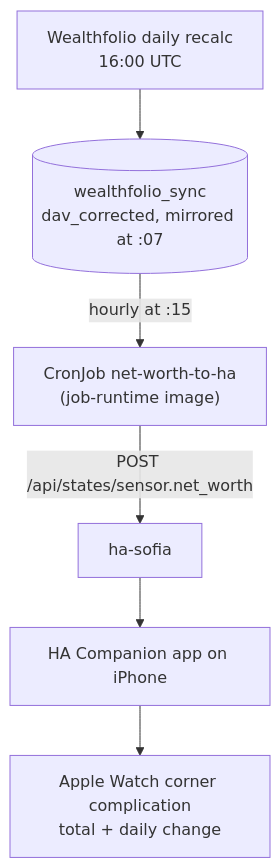
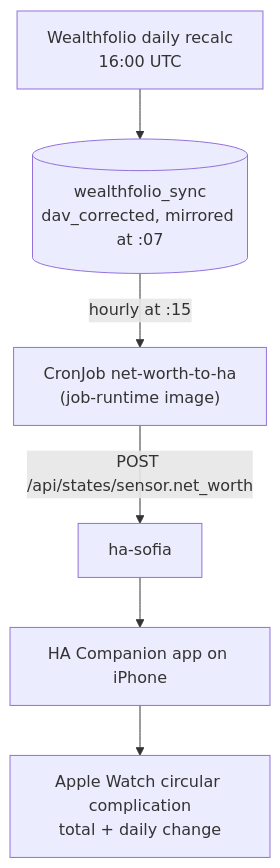
The diagram in docs/adr/0034-net-worth-reaches-the-watch-through-ha.md (ViktorBarzin/infra), drawn with Mermaid before and after one commit. The commit also changed other lines of this file, not shown here.

First line of the commit message:
docs: ADR-0034 records the circular watch complication and the setup answers

````diff
--- a/docs/adr/0034-net-worth-reaches-the-watch-through-ha.md
+++ b/docs/adr/0034-net-worth-reaches-the-watch-through-ha.md
@@ -38,8 +38,8 @@
 ```mermaid
 flowchart TD
   WF["Wealthfolio daily recalc<br/>16:00 UTC"] --> PG[("wealthfolio_sync<br/>dav_corrected, mirrored at :07")]
   PG -->|"hourly at :15"| CJ["CronJob net-worth-to-ha<br/>(job-runtime image)"]
   CJ -->|"POST /api/states/sensor.net_worth"| HA["ha-sofia"]
   HA --> APP["HA Companion app on iPhone"]
-  APP --> W["Apple Watch corner complication<br/>total + daily change"]
+  APP --> W["Apple Watch circular complication<br/>total + daily change"]
 ```
````
